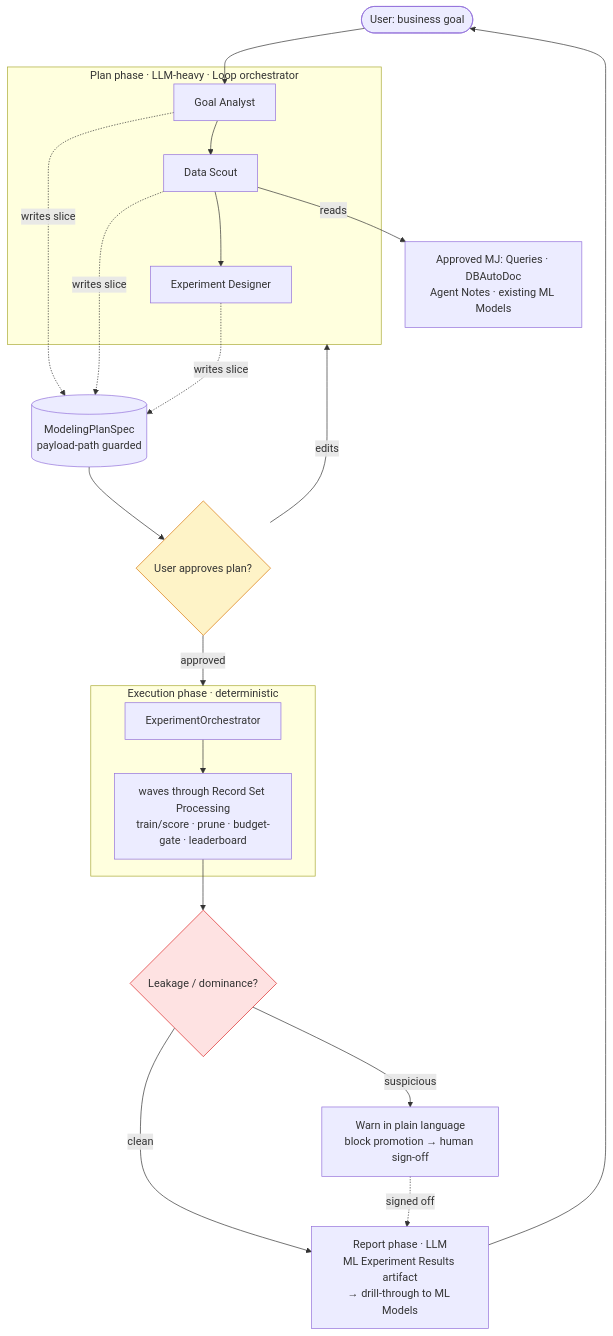
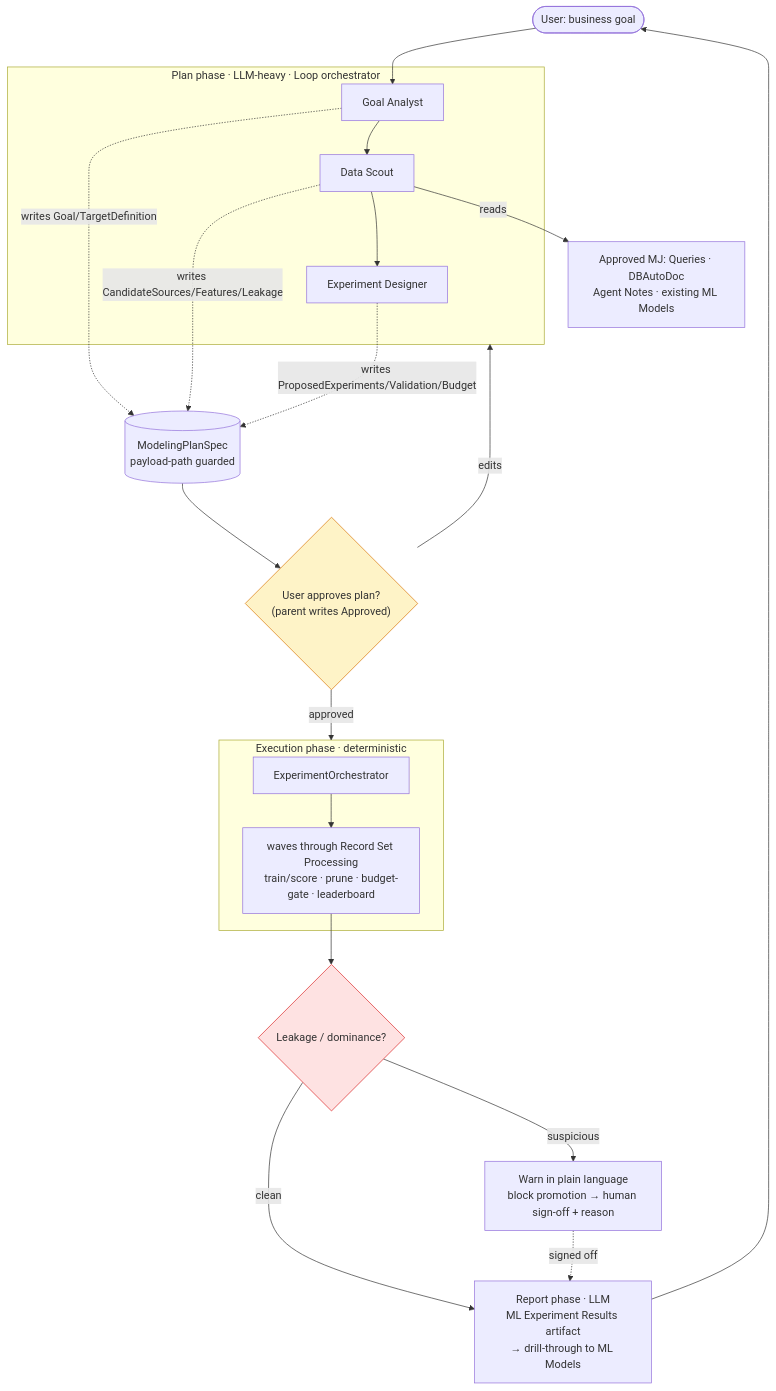
Before and after one commit to MemberJunction/MJ: diagram 11 of 12 in guides/PREDICTIVE_STUDIO_GUIDE.md, drawn with Mermaid. The commit also changed other lines of this file and 11 other files, not shown here.

````diff
--- a/guides/PREDICTIVE_STUDIO_GUIDE.md
+++ b/guides/PREDICTIVE_STUDIO_GUIDE.md
@@ -525,24 +598,24 @@
 ```mermaid
 flowchart TB
     U([User: business goal]) --> GA
     subgraph PLAN["Plan phase · LLM-heavy · Loop orchestrator"]
         GA[Goal Analyst] --> DS[Data Scout] --> ED[Experiment Designer]
     end
-    GA -.writes slice.-> SPEC[("ModelingPlanSpec<br/>payload-path guarded")]
-    DS -.writes slice.-> SPEC
-    ED -.writes slice.-> SPEC
+    GA -.writes Goal/TargetDefinition.-> SPEC[("ModelingPlanSpec<br/>payload-path guarded")]
+    DS -.writes CandidateSources/Features/Leakage.-> SPEC
+    ED -.writes ProposedExperiments/Validation/Budget.-> SPEC
     DS -->|reads| GT["Approved MJ: Queries · DBAutoDoc<br/>Agent Notes · existing ML Models"]
-    SPEC --> GATE{"User approves plan?"}
+    SPEC --> GATE{"User approves plan?<br/>(parent writes Approved)"}
     GATE -->|edits| PLAN
     GATE -->|approved| EXEC
     subgraph EXEC["Execution phase · deterministic"]
         ORCH[ExperimentOrchestrator] --> RUNS["waves through Record Set Processing<br/>train/score · prune · budget-gate · leaderboard"]
     end
     RUNS --> LEAK{"Leakage / dominance?"}
-    LEAK -->|suspicious| SIGN["Warn in plain language<br/>block promotion → human sign-off"]
+    LEAK -->|suspicious| SIGN["Warn in plain language<br/>block promotion → human sign-off + reason"]
     LEAK -->|clean| REPORT
     SIGN -.->|signed off| REPORT
     REPORT["Report phase · LLM<br/>ML Experiment Results artifact<br/>→ drill-through to ML Models"] --> U
     style GATE fill:#fef3c7,stroke:#d97706
     style LEAK fill:#fee2e2,stroke:#dc2626
 ```
````
